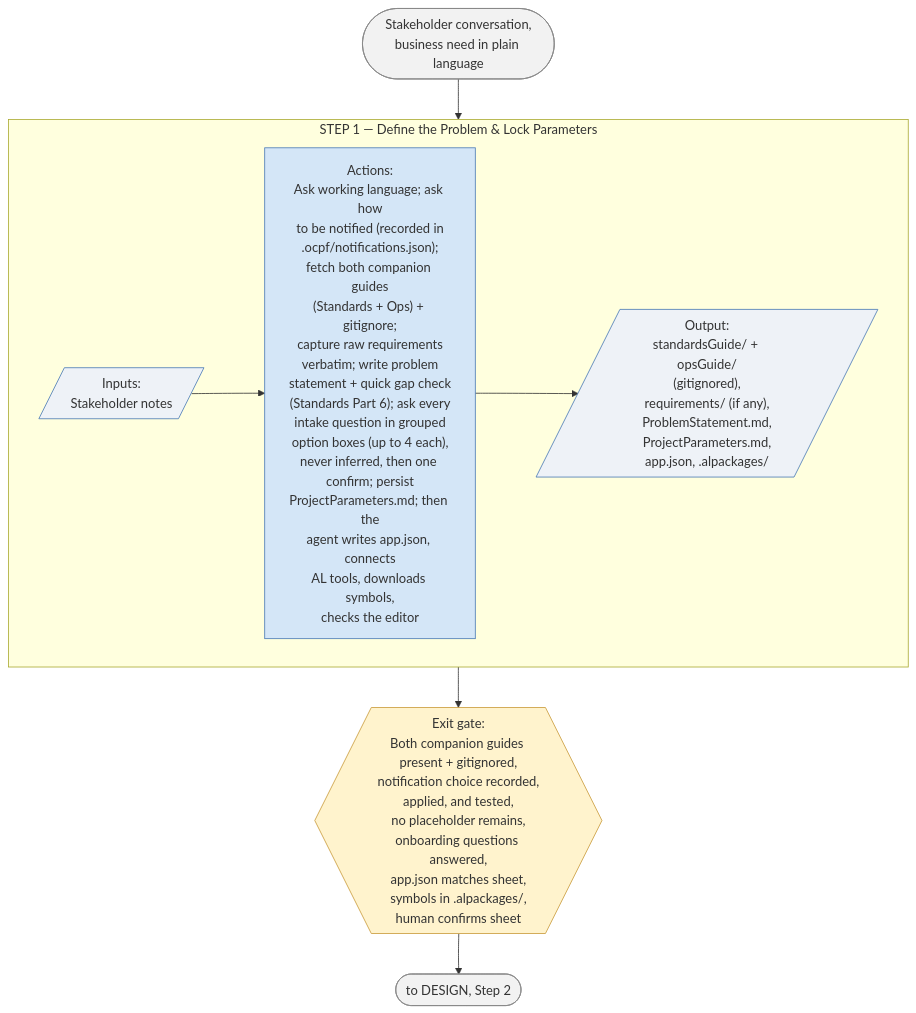
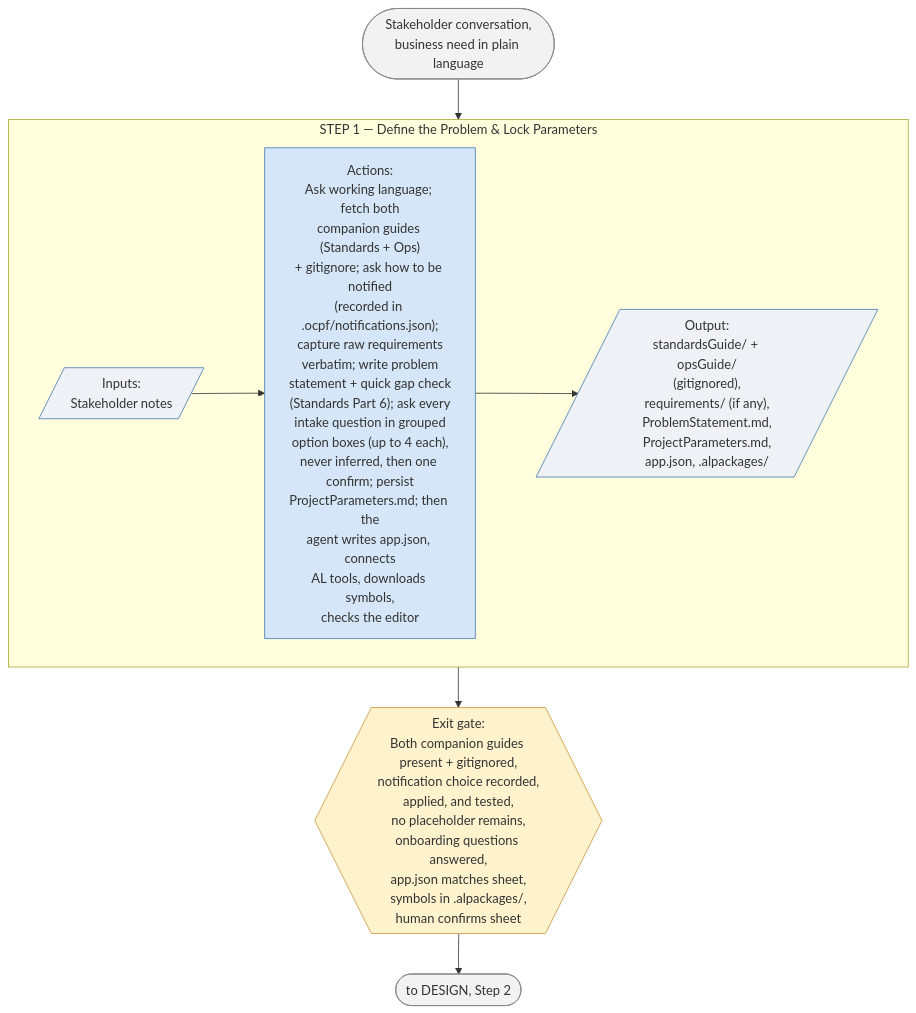
One commit to ajansari/ocpfBcAgenticDevFramework changed the third of 7 diagrams in liteVersion/LITE_RunbookSchematics.md. Above: the diagram before and after it, drawn with Mermaid. The commit also changed 6 other files, not shown here.

Commit message:
Ops split: finish the README callouts, diagram bullet order, and header comments

````diff
--- a/liteVersion/LITE_RunbookSchematics.md
+++ b/liteVersion/LITE_RunbookSchematics.md
@@ -116,21 +116,21 @@
 ```mermaid
 flowchart TD
     Start(["Stakeholder conversation,<br/>business need in plain language"]) --> S1
 
     subgraph S1["STEP 1 — Define the Problem & Lock Parameters"]
         direction LR
-        In1[/"Inputs:<br/>Stakeholder notes"/] --> Act1["Actions:<br/>Ask working language; ask how<br/>to be notified (recorded in<br/>.ocpf/notifications.json);<br/>fetch both companion guides<br/>(Standards + Ops) + gitignore;<br/>capture raw requirements<br/>verbatim; write problem<br/>statement + quick gap check<br/>(Standards Part 6); ask every<br/>intake question in grouped<br/>option boxes (up to 4 each),<br/>never inferred, then one confirm; persist<br/>ProjectParameters.md; then the<br/>agent writes app.json, connects<br/>AL tools, downloads symbols,<br/>checks the editor"] --> Out1[/"Output:<br/>standardsGuide/ + opsGuide/<br/>(gitignored),<br/>requirements/ (if any),<br/>ProblemStatement.md,<br/>ProjectParameters.md,<br/>app.json, .alpackages/"/]
+        In1[/"Inputs:<br/>Stakeholder notes"/] --> Act1["Actions:<br/>Ask working language; fetch both<br/>companion guides (Standards + Ops)<br/>+ gitignore; ask how to be notified<br/>(recorded in .ocpf/notifications.json);<br/>capture raw requirements<br/>verbatim; write problem<br/>statement + quick gap check<br/>(Standards Part 6); ask every<br/>intake question in grouped<br/>option boxes (up to 4 each),<br/>never inferred, then one confirm; persist<br/>ProjectParameters.md; then the<br/>agent writes app.json, connects<br/>AL tools, downloads symbols,<br/>checks the editor"] --> Out1[/"Output:<br/>standardsGuide/ + opsGuide/<br/>(gitignored),<br/>requirements/ (if any),<br/>ProblemStatement.md,<br/>ProjectParameters.md,<br/>app.json, .alpackages/"/]
     end
     S1 --> Gate1{{"Exit gate:<br/>Both companion guides present + gitignored,<br/>notification choice recorded,<br/>applied, and tested,<br/>no placeholder remains,<br/>onboarding questions answered,<br/>app.json matches sheet,<br/>symbols in .alpackages/,<br/>human confirms sheet"}}
 
     Gate1 --> Next(["to DESIGN, Step 2"])
 
     classDef io fill:#eef2f7,stroke:#4a7ab5,stroke-width:1px;
     classDef act fill:#d4e6f7,stroke:#4a7ab5,stroke-width:1px;
     classDef gate fill:#fff3cd,stroke:#c99a3a,stroke-width:1px;
     classDef endpoint fill:#f2f2f2,stroke:#888,stroke-width:1px;
     class In1,Out1 io;
     class Act1 act;
     class Gate1 gate;
     class Start,Next endpoint;
 ```
````
